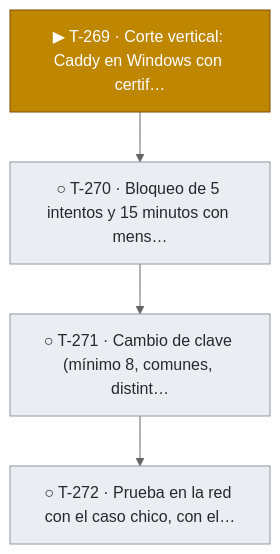
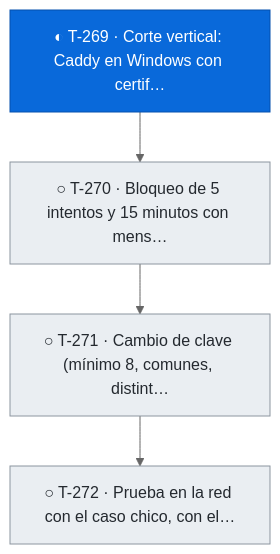
One commit to snavello/EVALUON changed the ninth of 19 diagrams in docs/tablero.md. Above: the diagram before and after it, drawn with Mermaid (neutral theme). The commit also changed other lines of this file and 1 other file, not shown here.

Commit message:
gestión: T-269 en verificación (primera parte, código, verificada; falta la segunda parte en la red con el responsable)

````diff
--- a/docs/tablero.md
+++ b/docs/tablero.md
@@ -840,15 +840,15 @@
 ```mermaid
 flowchart TD
-  T269["▶ T-269 · Corte vertical: Caddy en Windows con certif…"]:::active
+  T269["◐ T-269 · Corte vertical: Caddy en Windows con certif…"]:::review
   T270["○ T-270 · Bloqueo de 5 intentos y 15 minutos con mens…"]:::todo
   T271["○ T-271 · Cambio de clave (mínimo 8, comunes, distint…"]:::todo
   T272["○ T-272 · Prueba en la red con el caso chico, con el…"]:::todo
   T269 --> T270
   T270 --> T271
   T271 --> T272
   classDef done fill:#1a7f37,stroke:#116329,color:#ffffff
   classDef review fill:#0969da,stroke:#0550ae,color:#ffffff
   classDef active fill:#bf8700,stroke:#7d4e00,color:#ffffff
   classDef blocked fill:#cf222e,stroke:#a40e26,color:#ffffff
   classDef todo fill:#eaeef2,stroke:#8c959f,color:#24292f
 ```
````
